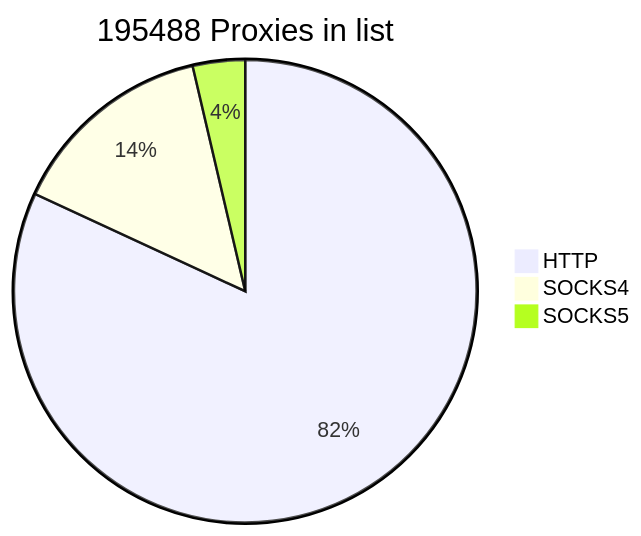
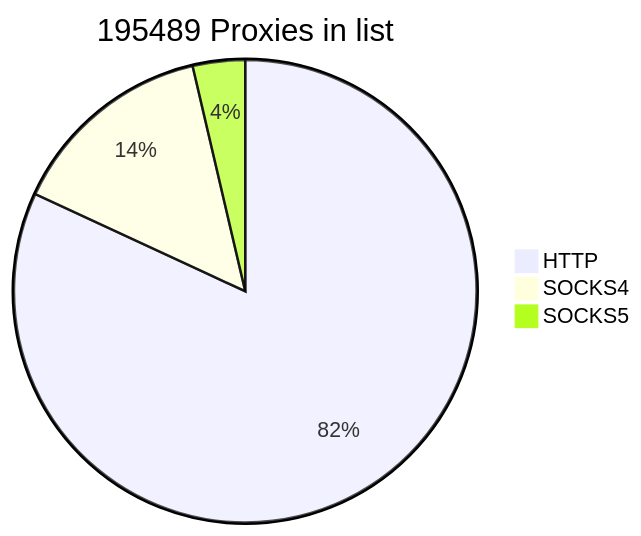
One commit to cutipu/proxylist changed the first of 2 diagrams in README.md. Above: the diagram before and after it, drawn with Mermaid. The commit also changed other lines of this file, not shown here.

````diff
--- a/README.md
+++ b/README.md
@@ -2,7 +2,7 @@
 ```mermaid
-pie title 195488 Proxies in list
+pie title 195489 Proxies in list
     "HTTP" : 160108
-    "SOCKS4" : 28237
-    "SOCKS5" : 7143
+    "SOCKS4" : 28236
+    "SOCKS5" : 7145
             
 ```
````
